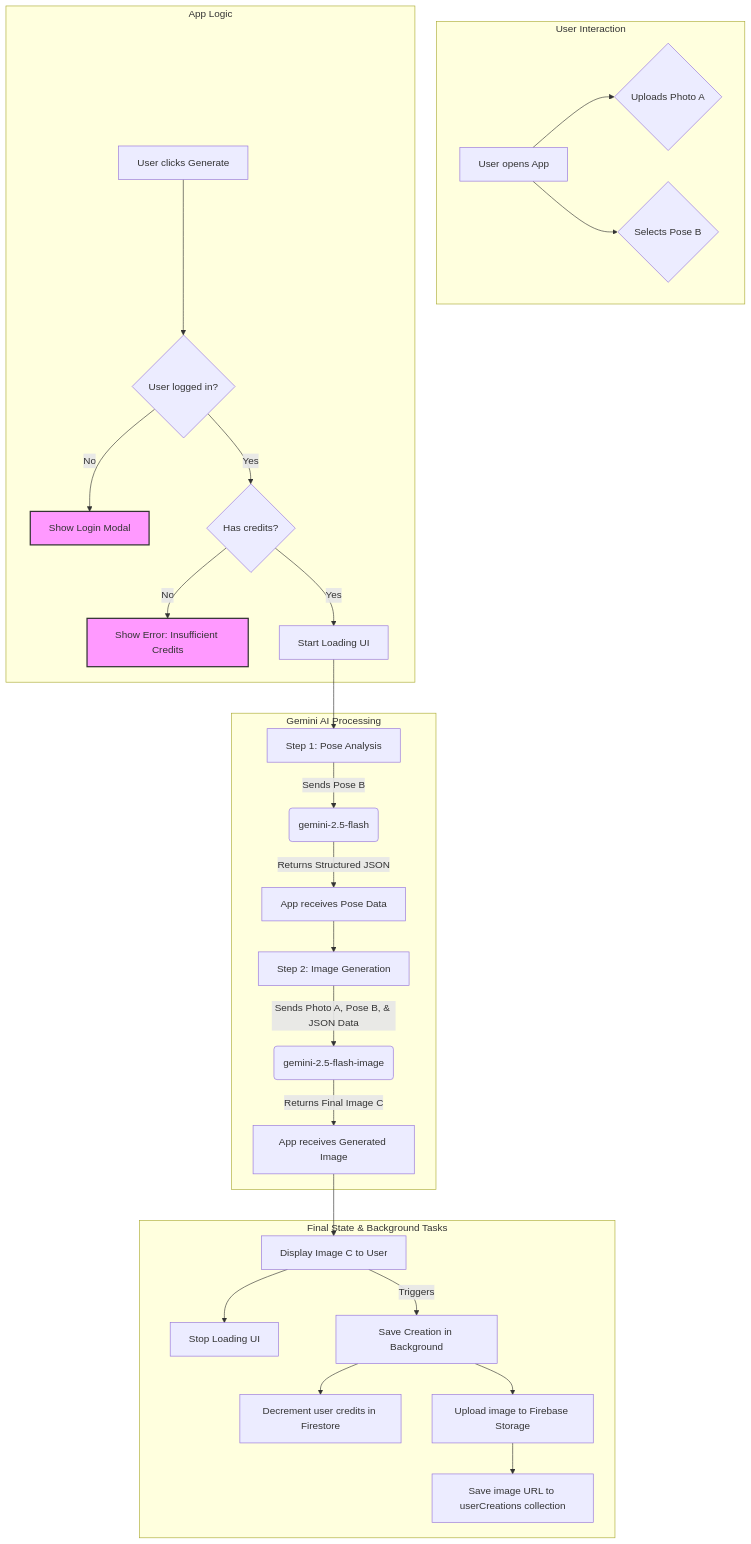
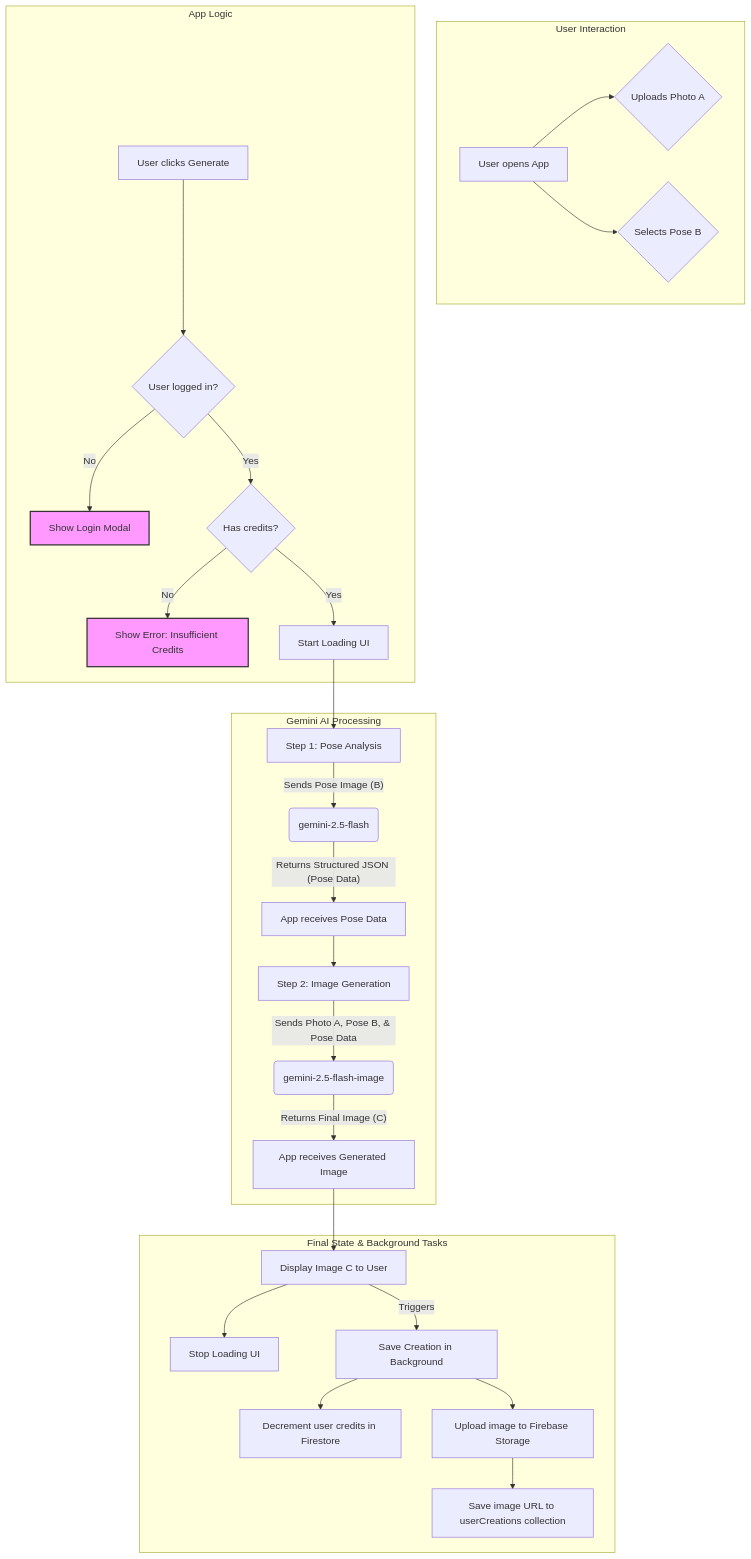
The diagram in README.md (maxecho20/1107copyPose), drawn with Mermaid before and after one commit. The commit also changed other lines of this file and 4 other files, not shown here.

````diff
--- a/README.md
+++ b/README.md
@@ -31,36 +32,36 @@
 ```mermaid
 graph TD
     subgraph User Interaction
         A[User opens App] --> B{Uploads Photo A};
         A --> C{Selects Pose B};
     end
 
     subgraph App Logic
         D[User clicks Generate] --> E{User logged in?};
         E -- No --> F[Show Login Modal];
         E -- Yes --> G{Has credits?};
         G -- No --> H[Show Error: Insufficient Credits];
         G -- Yes --> I[Start Loading UI];
     end
 
     subgraph Gemini AI Processing
         I --> J[Step 1: Pose Analysis];
-        J -- Sends Pose B --> K(gemini-2.5-flash);
-        K -- Returns Structured JSON --> L[App receives Pose Data];
+        J -- "Sends Pose Image (B)" --> K(gemini-2.5-flash);
+        K -- "Returns Structured JSON (Pose Data)" --> L[App receives Pose Data];
         L --> M[Step 2: Image Generation];
-        M -- "Sends Photo A, Pose B, & JSON Data" --> N(gemini-2.5-flash-image);
-        N -- Returns Final Image C --> O[App receives Generated Image];
+        M -- "Sends Photo A, Pose B, & Pose Data" --> N(gemini-2.5-flash-image);
+        N -- "Returns Final Image (C)" --> O[App receives Generated Image];
     end
     
     subgraph Final State & Background Tasks
         O --> P[Display Image C to User];
         P --> Q[Stop Loading UI];
         P -- Triggers --> R[Save Creation in Background];
         R --> S[Decrement user credits in Firestore];
         R --> T[Upload image to Firebase Storage];
         T --> U[Save image URL to userCreations collection];
     end
 
     style F fill:#f9f,stroke:#333,stroke-width:2px
     style H fill:#f9f,stroke:#333,stroke-width:2px
 ```
````
